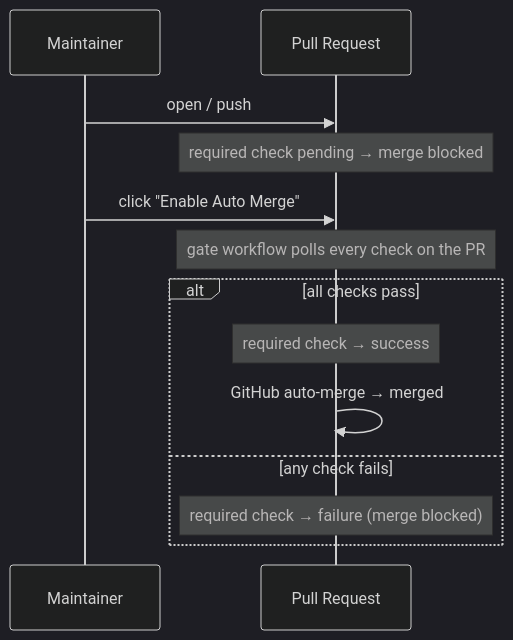
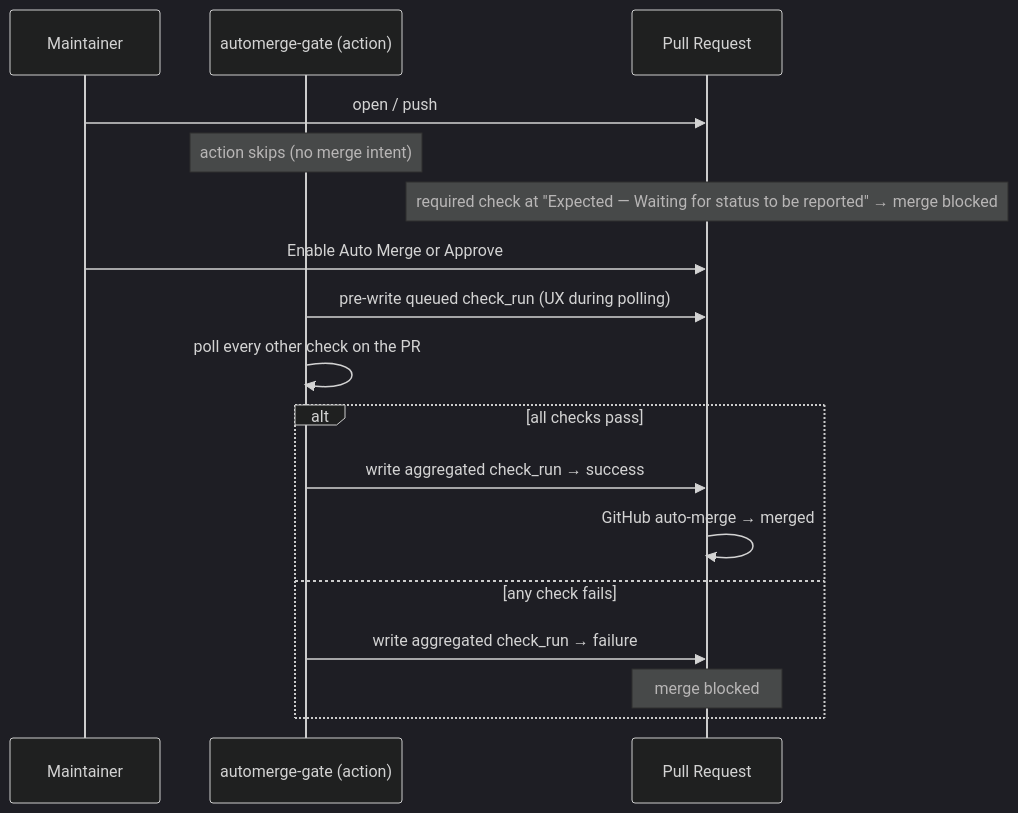
Before and after one commit to pkgdeps/check-suite-gate: the first of 2 diagrams in README.md, drawn with Mermaid (dark theme). The commit also changed other lines of this file and 21 other files, not shown here.

````diff
--- a/README.md
+++ b/README.md
@@ -17,18 +23,22 @@
 ```mermaid
 sequenceDiagram
     participant U as Maintainer
+    participant A as automerge-gate (action)
     participant PR as Pull Request
 
     U->>PR: open / push
-    Note over PR: required check pending → merge blocked
+    Note over A: action skips (no merge intent)
+    Note over PR: required check at "Expected — Waiting for status to be reported" → merge blocked
 
-    U->>PR: click "Enable Auto Merge"
-    Note over PR: gate workflow polls every check on the PR
+    U->>PR: Enable Auto Merge or Approve
+    A->>PR: pre-write queued check_run (UX during polling)
+    A->>A: poll every other check on the PR
 
     alt all checks pass
-        Note over PR: required check → success
+        A->>PR: write aggregated check_run → success
         PR->>PR: GitHub auto-merge → merged
     else any check fails
-        Note over PR: required check → failure (merge blocked)
+        A->>PR: write aggregated check_run → failure
+        Note over PR: merge blocked
     end
 ```
````
